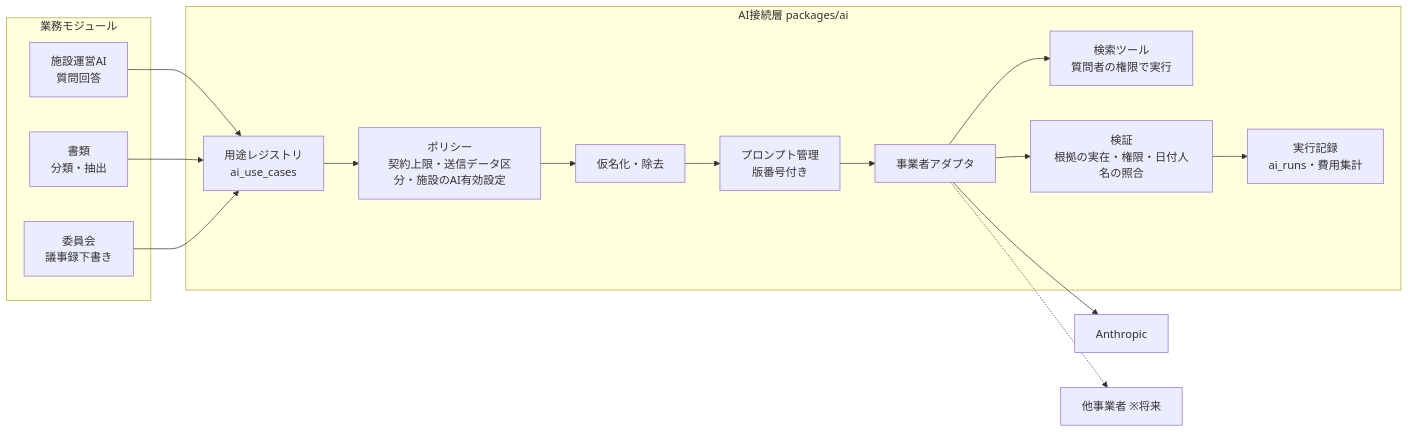
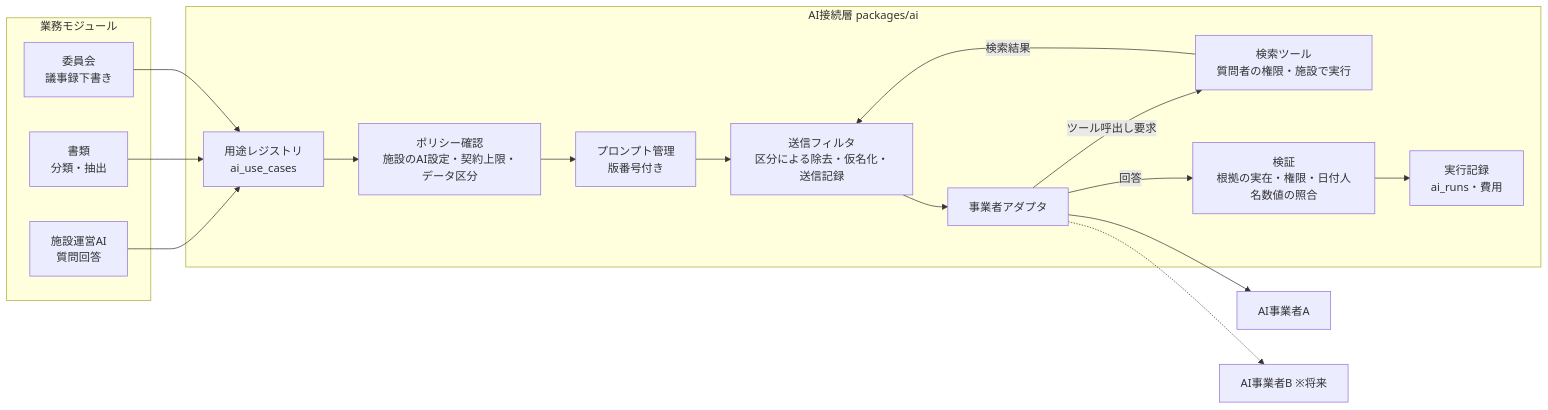
The diagram in ai-facility-partner/docs/architecture/ai-architecture.md (mao726/company), drawn with Mermaid before and after one commit. The commit also changed other lines of this file and 22 other files, not shown here.

````diff
--- a/ai-facility-partner/docs/architecture/ai-architecture.md
+++ b/ai-facility-partner/docs/architecture/ai-architecture.md
@@ -18,25 +21,27 @@
 ```mermaid
 flowchart LR
   subgraph Modules[業務モジュール]
     Q[施設運営AI<br/>質問回答]
     D[書類<br/>分類・抽出]
     M[委員会<br/>議事録下書き]
   end
   subgraph AIL[AI接続層 packages/ai]
     UC[用途レジストリ<br/>ai_use_cases]
-    POL[ポリシー<br/>契約上限・送信データ区分・施設のAI有効設定]
-    RED[仮名化・除去]
-    TOOLS[検索ツール<br/>質問者の権限で実行]
+    POL[ポリシー確認<br/>施設のAI設定・契約上限・データ区分]
     PR[プロンプト管理<br/>版番号付き]
-    VER[検証<br/>根拠の実在・権限・日付人名の照合]
-    LOG[実行記録<br/>ai_runs・費用集計]
+    TOOLS[検索ツール<br/>質問者の権限・施設で実行]
+    EGF[送信フィルタ<br/>区分による除去・仮名化・送信記録]
     AD[事業者アダプタ]
+    VER[検証<br/>根拠の実在・権限・日付人名数値の照合]
+    LOG[実行記録<br/>ai_runs・費用]
   end
-  P1[Anthropic]
-  P2[他事業者 ※将来]
-  Q & D & M --> UC --> POL --> RED --> PR --> AD
+  P1[AI事業者A]
+  P2[AI事業者B ※将来]
+  Q & D & M --> UC --> POL --> PR --> EGF
+  EGF --> AD
   AD --> P1
   AD -.-> P2
-  AD --> TOOLS
-  AD --> VER --> LOG
+  AD -->|ツール呼出し要求| TOOLS
+  TOOLS -->|検索結果| EGF
+  AD -->|回答| VER --> LOG
 ```
````
